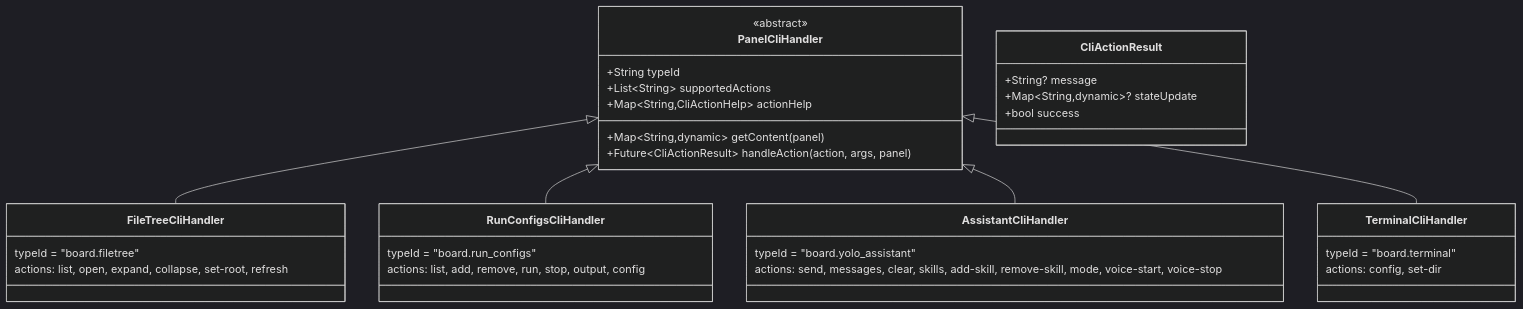
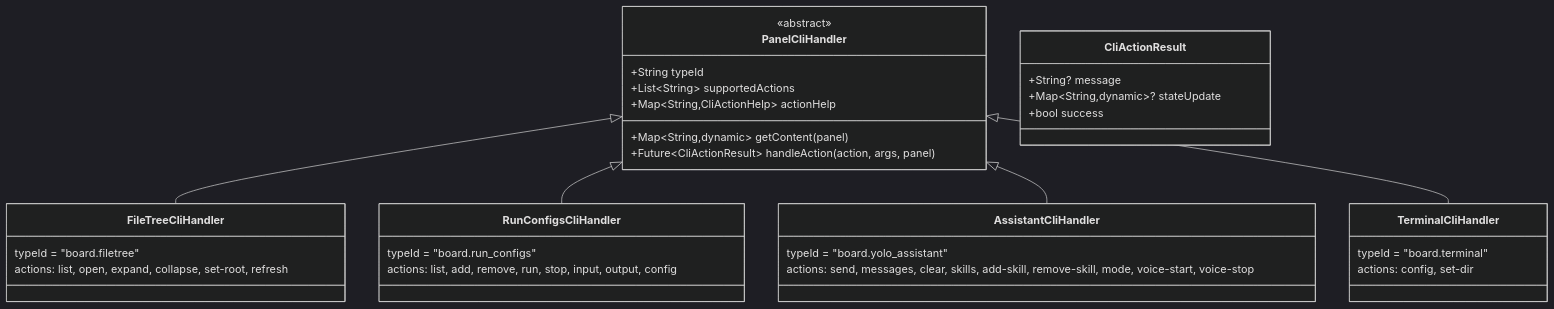
The fifth of 7 diagrams in docs/board-architecture.md (IstiN/yoloit), drawn with Mermaid (dark theme) before and after one commit. The commit also changed other lines of this file and 38 other files, not shown here.

````diff
--- a/docs/board-architecture.md
+++ b/docs/board-architecture.md
@@ -158,42 +158,42 @@
 ```mermaid
 classDiagram
     class PanelCliHandler {
         <<abstract>>
         +String typeId
         +List~String~ supportedActions
         +Map~String,dynamic~ getContent(panel)
         +Future~CliActionResult~ handleAction(action, args, panel)
         +Map~String,CliActionHelp~ actionHelp
     }
 
     class CliActionResult {
         +String? message
         +Map~String,dynamic~? stateUpdate
         +bool success
     }
 
     class FileTreeCliHandler {
         typeId = "board.filetree"
         actions: list, open, expand, collapse, set-root, refresh
     }
 
     class RunConfigsCliHandler {
         typeId = "board.run_configs"
-        actions: list, add, remove, run, stop, output, config
+        actions: list, add, remove, run, stop, input, output, config
     }
 
     class AssistantCliHandler {
         typeId = "board.yolo_assistant"
         actions: send, messages, clear, skills, add-skill, remove-skill, mode, voice-start, voice-stop
     }
 
     class TerminalCliHandler {
         typeId = "board.terminal"
         actions: config, set-dir
     }
 
     PanelCliHandler <|-- FileTreeCliHandler
     PanelCliHandler <|-- RunConfigsCliHandler
     PanelCliHandler <|-- AssistantCliHandler
     PanelCliHandler <|-- TerminalCliHandler
 ```
````
